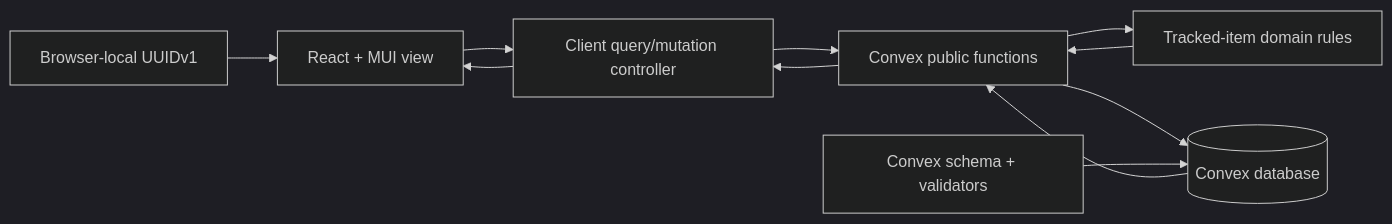
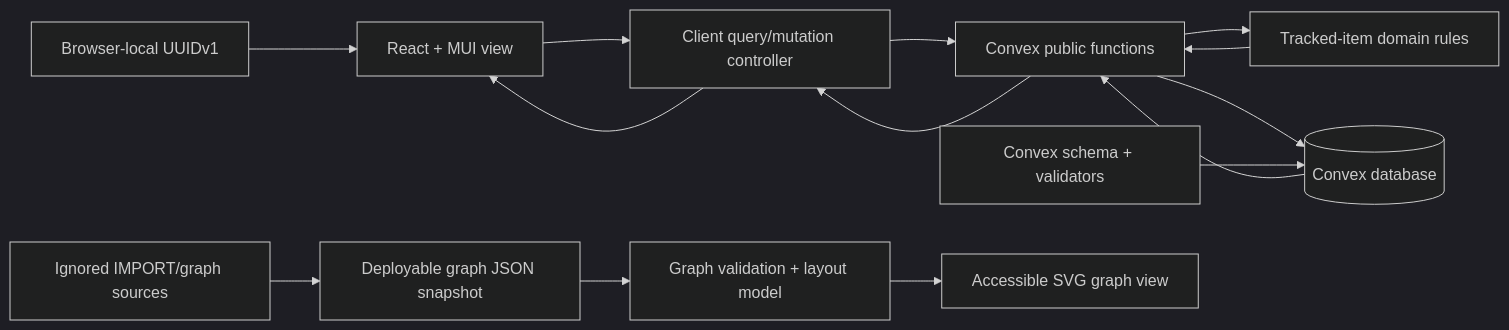
One commit to johnpfeiffer/myrss changed the first of 2 diagrams in architecture.md. Above: the diagram before and after it, drawn with Mermaid (dark theme). The commit also changed other lines of this file and 14 other files, not shown here.

Commit message:
add a new module about visualizing the lightweight knowledge graph

````diff
--- a/architecture.md
+++ b/architecture.md
@@ -11,11 +11,14 @@
 ```mermaid
 flowchart LR
     Browser["Browser-local UUIDv1"] --> View["React + MUI view"]
     View --> Controller["Client query/mutation controller"]
     Controller --> API["Convex public functions"]
     API --> Domain["Tracked-item domain rules"]
     API --> DB[("Convex database")]
     Schema["Convex schema + validators"] --> DB
     Domain --> API
     DB --> API --> Controller --> View
+    Import["Ignored IMPORT/graph sources"] --> Snapshot["Deployable graph JSON snapshot"]
+    Snapshot --> GraphDomain["Graph validation + layout model"]
+    GraphDomain --> GraphView["Accessible SVG graph view"]
 ```
````
